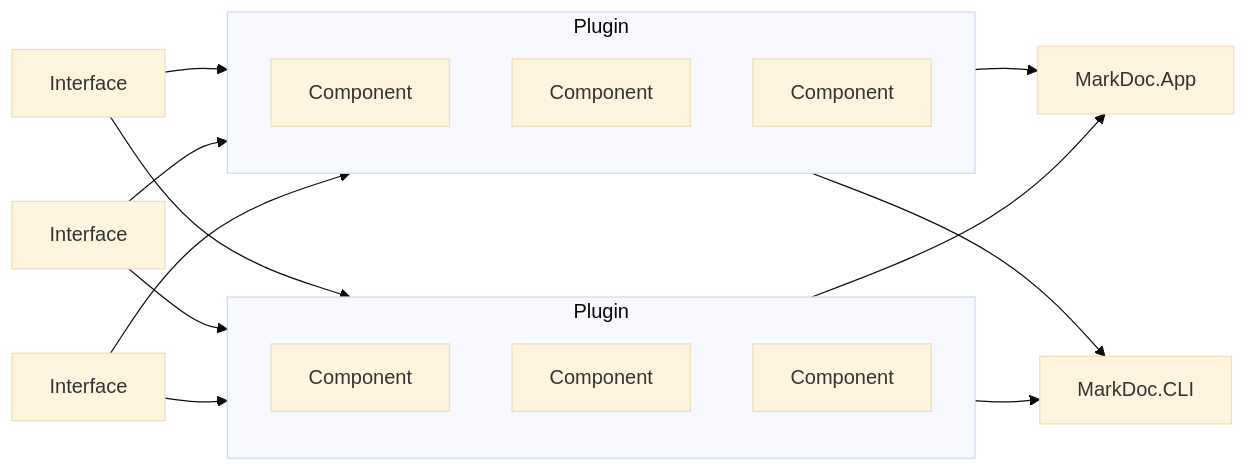
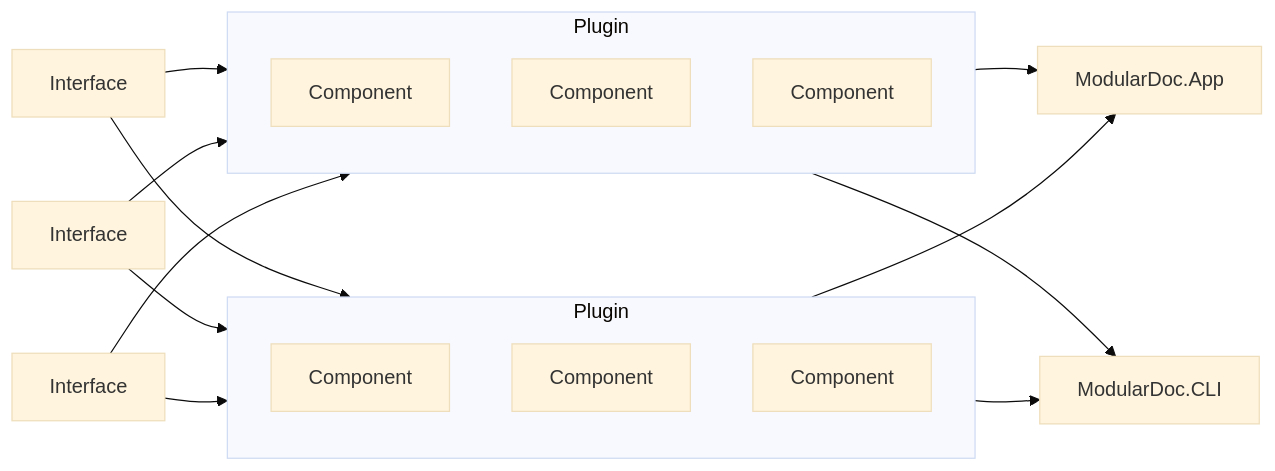
Before and after one commit to hailstorm75/ModularDoc: the diagram in README.md, drawn with Mermaid (base theme). The commit also changed other lines of this file and 167 other files, not shown here.

````diff
--- a/README.md
+++ b/README.md
@@ -88,36 +88,36 @@
 ```mermaid
 flowchart LR
     interface1[Interface]
     interface2[Interface]
     interface3[Interface]
 
     subgraph plugin1[Plugin]
       direction BT
       component1[Component]
       component2[Component]
       component3[Component]
     end
 
     subgraph plugin2[Plugin]
       direction BT
       component4[Component]
       component5[Component]
       component6[Component]
     end
 
-    MarkDoc.App
-    MarkDoc.CLI
+    ModularDoc.App
+    ModularDoc.CLI
 
     interface1 --> component1
     interface1 --> component4
     interface2 --> component2
     interface2 --> component5
     interface3 --> component3
     interface3 --> component6
 
-    plugin1 --> MarkDoc.App
-    plugin2 --> MarkDoc.App
+    plugin1 --> ModularDoc.App
+    plugin2 --> ModularDoc.App
 
-    plugin1 --> MarkDoc.CLI
-    plugin2 --> MarkDoc.CLI
+    plugin1 --> ModularDoc.CLI
+    plugin2 --> ModularDoc.CLI
 ```
````
